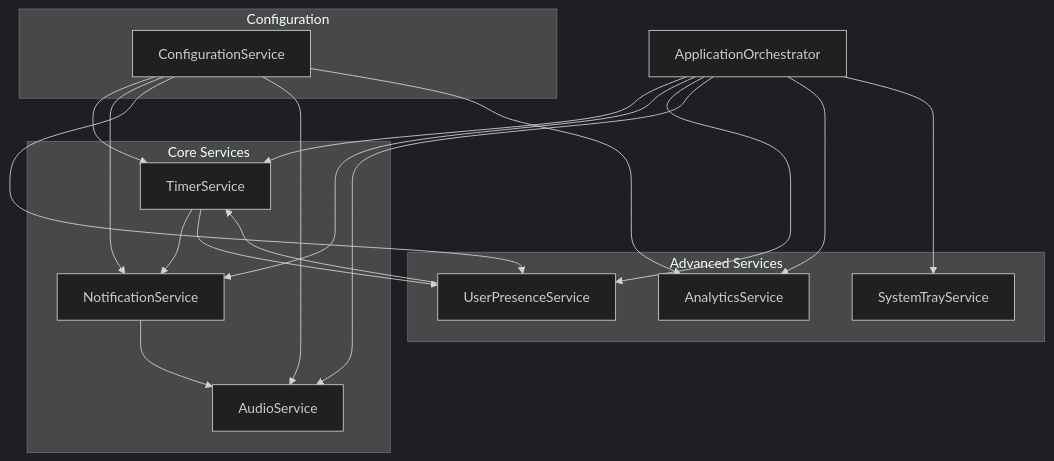
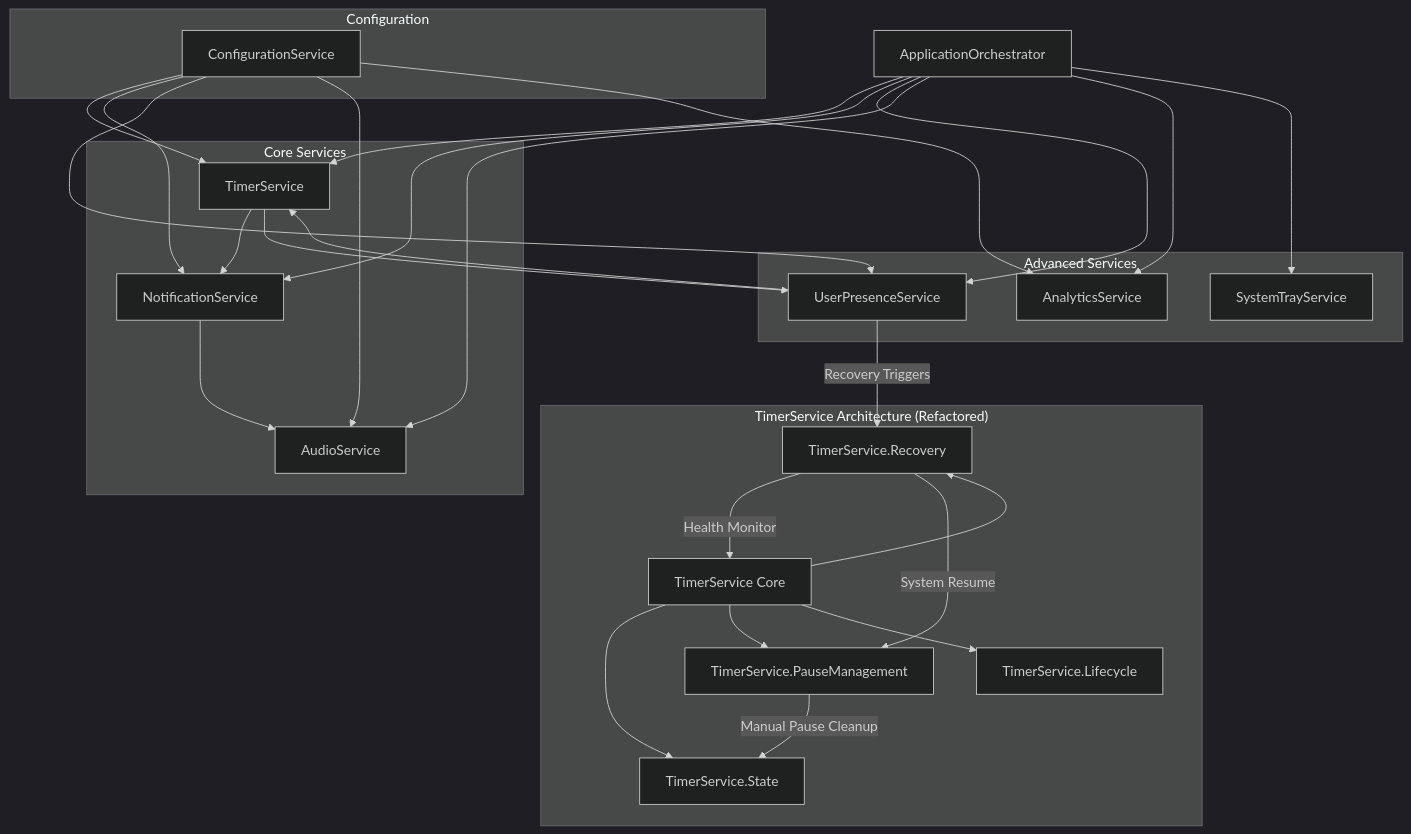
One commit to rockyway/eye-rest changed diagram 11 of 12 in docs/feature-specification.md. Above: the diagram before and after it, drawn with Mermaid (dark theme). The commit also changed other lines of this file, not shown here.

````diff
--- a/docs/feature-specification.md
+++ b/docs/feature-specification.md
@@ -465,36 +620,48 @@
 ```mermaid
 graph TD
     AO[ApplicationOrchestrator] --> TS[TimerService]
     AO --> NS[NotificationService]
     AO --> UPS[UserPresenceService]
     AO --> AS[AudioService]
     AO --> ANS[AnalyticsService]
     AO --> STS[SystemTrayService]
     
     TS --> NS
     TS --> UPS
     NS --> AS
     UPS --> TS
     
     CS[ConfigurationService] --> TS
     CS --> NS
     CS --> UPS
     CS --> AS
     CS --> ANS
     
     subgraph "Core Services"
         TS
         NS
         AS
     end
     
     subgraph "Advanced Services"
         UPS
         ANS
         STS
     end
     
     subgraph "Configuration"
         CS
     end
+    
+    subgraph "TimerService Architecture (Refactored)"
+        TSC[TimerService Core] --> TSS[TimerService.State]
+        TSC --> TSR[TimerService.Recovery]
+        TSC --> TSP[TimerService.PauseManagement]
+        TSC --> TSL[TimerService.Lifecycle]
+        
+        TSR --> |Health Monitor| TSC
+        TSR --> |System Resume| TSP
+        TSP --> |Manual Pause Cleanup| TSS
+        UPS --> |Recovery Triggers| TSR
+    end
 ```
````
